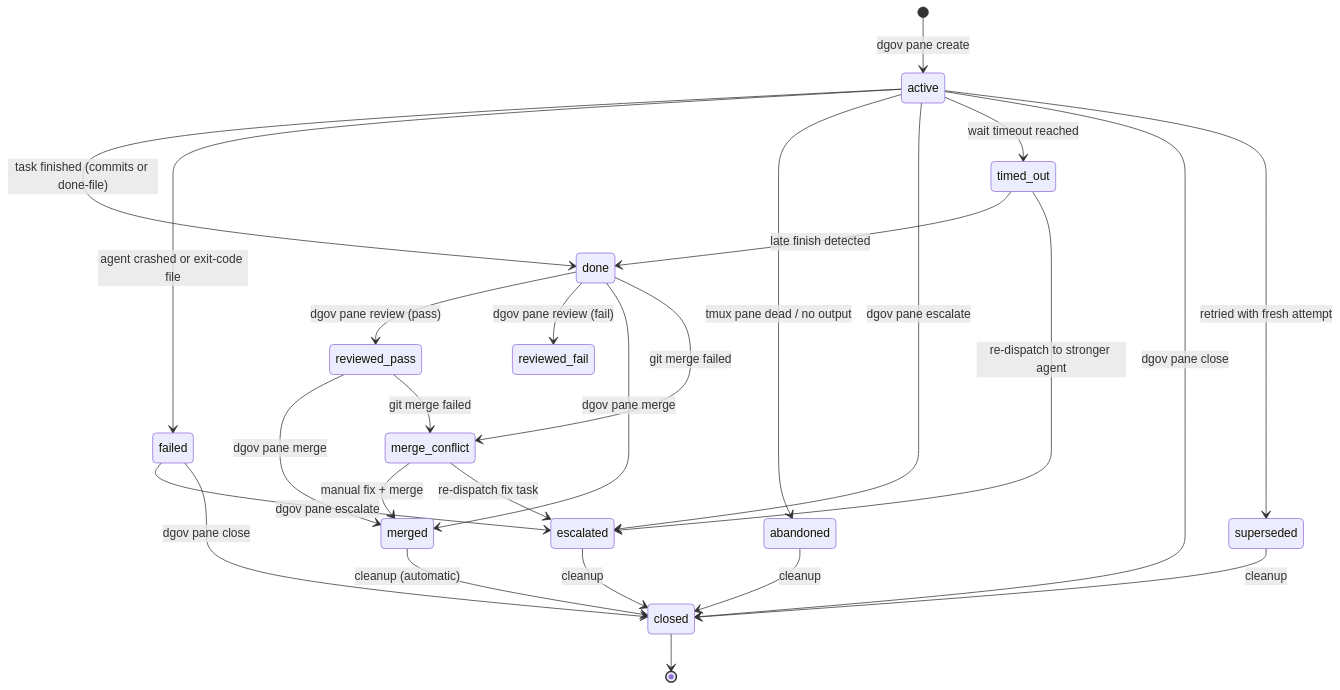
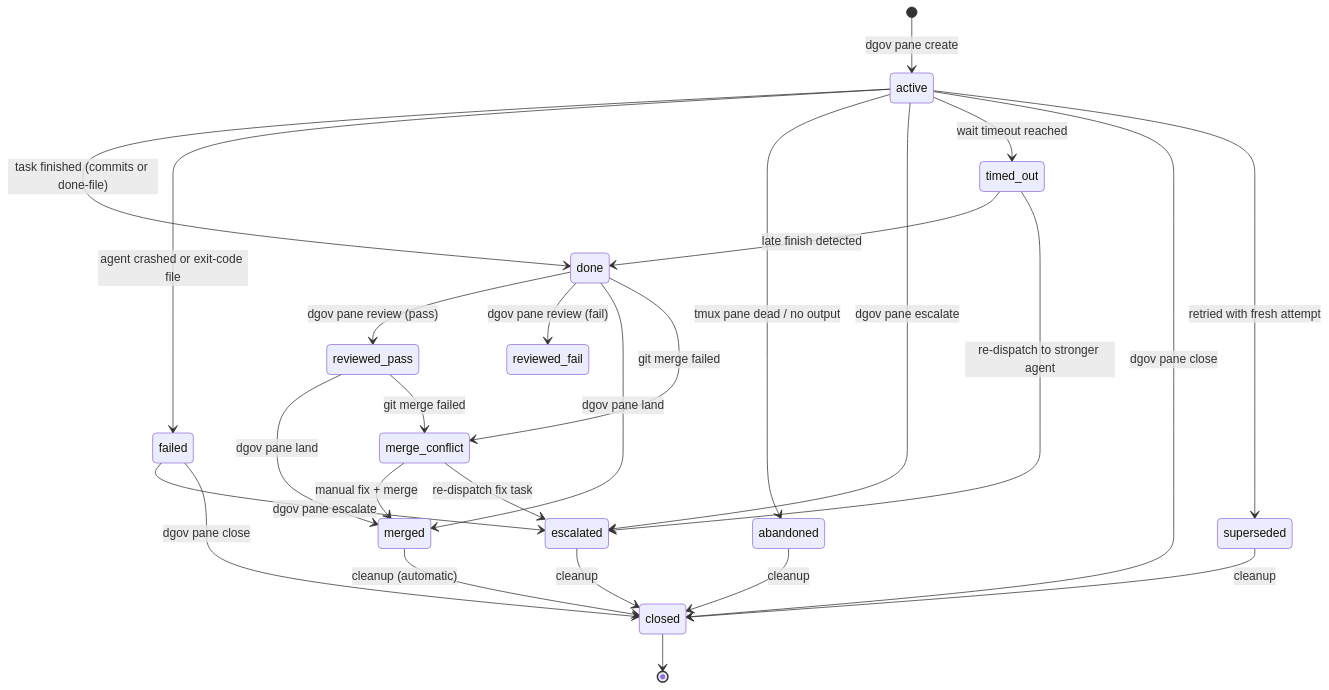
One commit to jameshgrn/dgov changed the diagram in README.md. Above: the diagram before and after it, drawn with Mermaid. The commit also changed other lines of this file and 23 other files, not shown here.

````diff
--- a/README.md
+++ b/README.md
@@ -14,35 +14,35 @@
 ```mermaid
 stateDiagram-v2
     [*] --> active: dgov pane create
     active --> done: task finished (commits or done-file)
     active --> failed: agent crashed or exit-code file
     active --> abandoned: tmux pane dead / no output
     active --> escalated: dgov pane escalate
     active --> timed_out: wait timeout reached
     active --> closed: dgov pane close
     active --> superseded: retried with fresh attempt
 
     done --> reviewed_pass: dgov pane review (pass)
     done --> reviewed_fail: dgov pane review (fail)
-    done --> merged: dgov pane merge
+    done --> merged: dgov pane land
     done --> merge_conflict: git merge failed
 
-    reviewed_pass --> merged: dgov pane merge
+    reviewed_pass --> merged: dgov pane land
     reviewed_pass --> merge_conflict: git merge failed
 
     merge_conflict --> merged: manual fix + merge
     merge_conflict --> escalated: re-dispatch fix task
 
     failed --> escalated: dgov pane escalate
     failed --> closed: dgov pane close
 
     timed_out --> done: late finish detected
     timed_out --> escalated: re-dispatch to stronger agent
 
     merged --> closed: cleanup (automatic)
     escalated --> closed: cleanup
     superseded --> closed: cleanup
     abandoned --> closed: cleanup
 
     closed --> [*]
 ```
````
